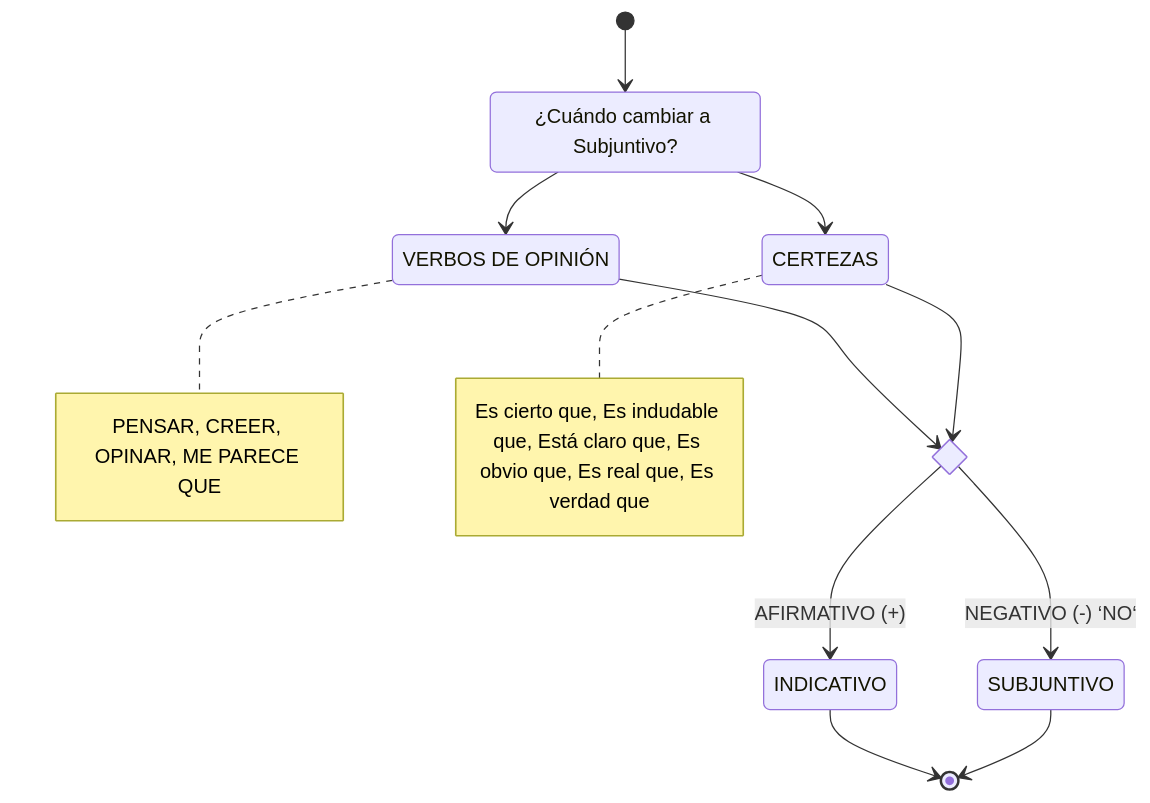
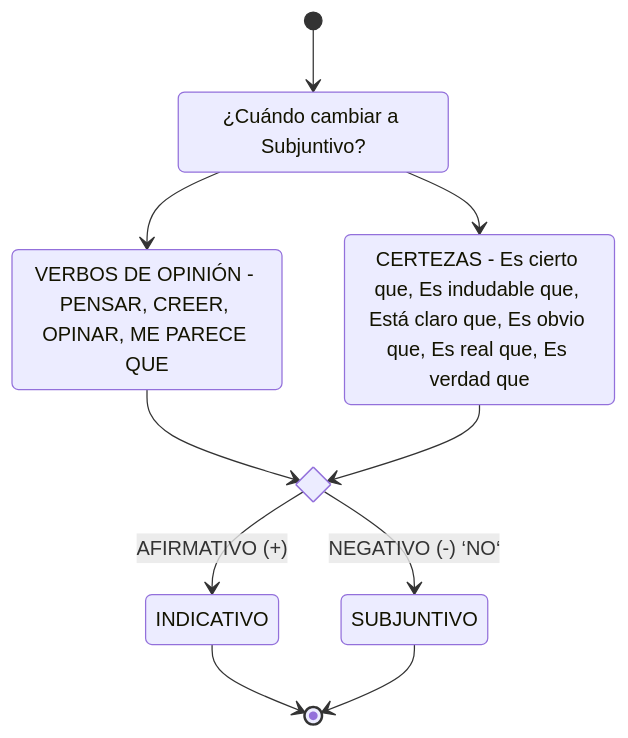
The third of 4 diagrams in test.md (bibenga/docker-django-play), drawn with Mermaid before and after one commit.

````diff
--- a/test.md
+++ b/test.md
@@ -84,24 +84,22 @@
 ```mermaid
 stateDiagram-v2
     Cuándo: ¿Cuándo cambiar a Subjuntivo?
-    OPINIÓN: VERBOS DE OPINIÓN
-    CERTEZAS: CERTEZAS
-    
+    OPINIÓN: VERBOS DE OPINIÓN - PENSAR, CREER, OPINAR, ME PARECE QUE
+    CERTEZAS: CERTEZAS - Es cierto que, Es indudable que, Está claro que, Es obvio que, Es real que, Es verdad que
+
     state v1 <<choice>>
 
     [*] --> Cuándo
     Cuándo --> OPINIÓN
-    note right of OPINIÓN : PENSAR, CREER, OPINAR, ME PARECE QUE
     OPINIÓN --> v1
     v1 --> INDICATIVO: AFIRMATIVO (+)
     v1 --> SUBJUNTIVO: NEGATIVO (-) ‘NO‘
 
     Cuándo --> CERTEZAS
-    note right of CERTEZAS : Es cierto que, Es indudable que, Está claro que, Es obvio que, Es real que, Es verdad que
     CERTEZAS --> v1
     
     INDICATIVO --> [*]
     SUBJUNTIVO --> [*]
 
 
 ```
````
